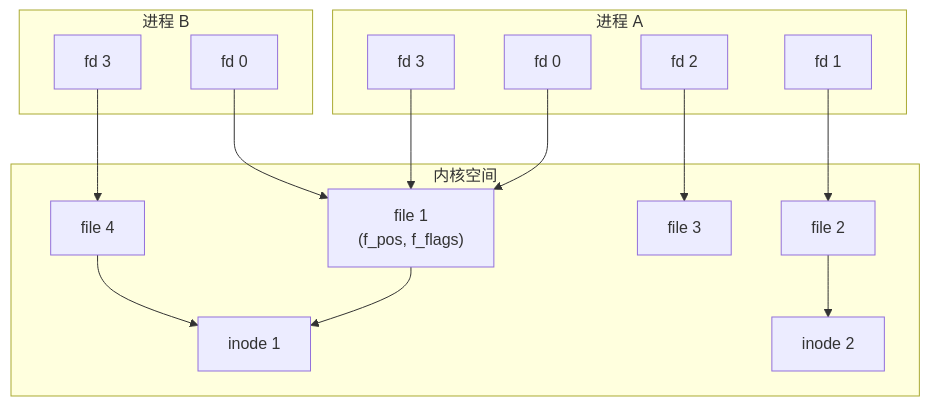
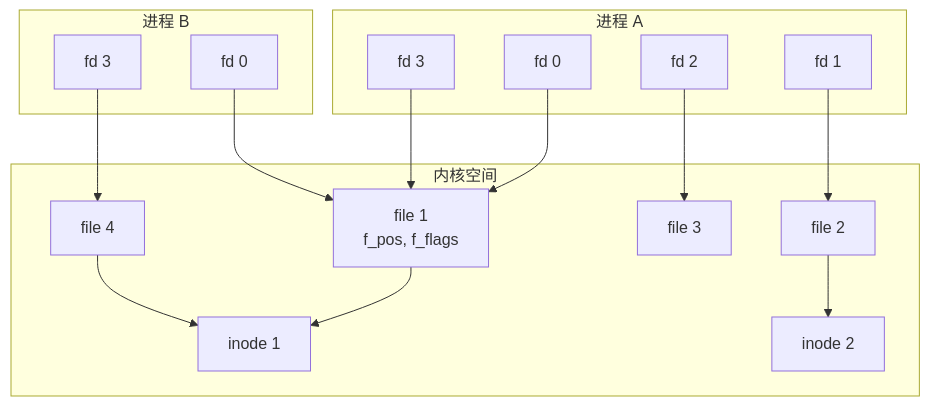
The second of 3 diagrams in content/articles/os/os-14-OS面试题-文件系统.md (jpixy/jpixy.github.io), drawn with Mermaid before and after one commit. The commit also changed 66 other files, not shown here.

Commit message:
fix: resolve Mermaid syntax errors by removing parentheses in node labels

````diff
--- a/content/articles/os/os-14-OS面试题-文件系统.md
+++ b/content/articles/os/os-14-OS面试题-文件系统.md
@@ -298,30 +298,30 @@
 ```mermaid
 graph TB
     subgraph 进程A["进程 A"]
         FD_A0["fd 0"]
         FD_A1["fd 1"]
         FD_A2["fd 2"]
         FD_A3["fd 3"]
     end
     
     subgraph 进程B["进程 B"]
         FD_B0["fd 0"]
         FD_B3["fd 3"]
     end
     
     subgraph 内核["内核空间"]
-        FILE1["file 1<br>(f_pos, f_flags)"]
+        FILE1["file 1<br>f_pos, f_flags"]
         FILE2["file 2"]
         FILE3["file 3"]
         FILE4["file 4"]
         INODE1["inode 1"]
         INODE2["inode 2"]
     end
     
     FD_A0 --> FILE1 --> INODE1
     FD_A1 --> FILE2 --> INODE2
     FD_A2 --> FILE3
     FD_A3 --> FILE1
     FD_B0 --> FILE1
     FD_B3 --> FILE4 --> INODE1
 ```
````
